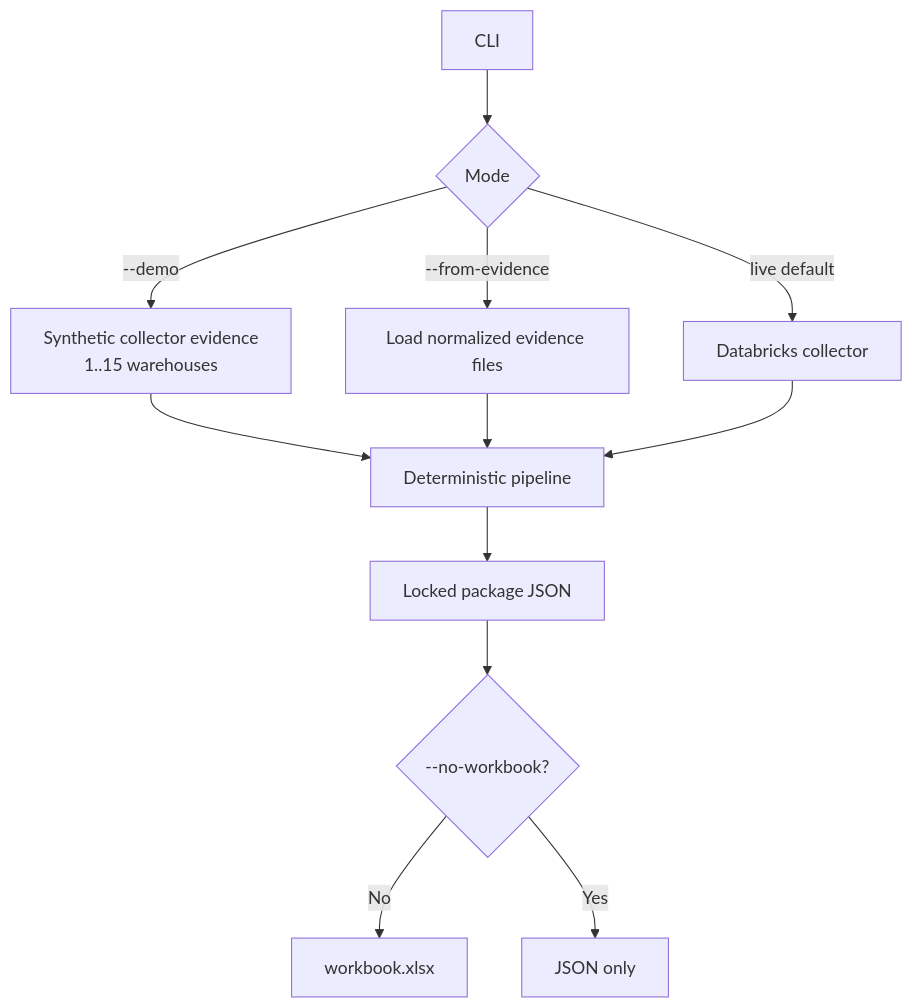
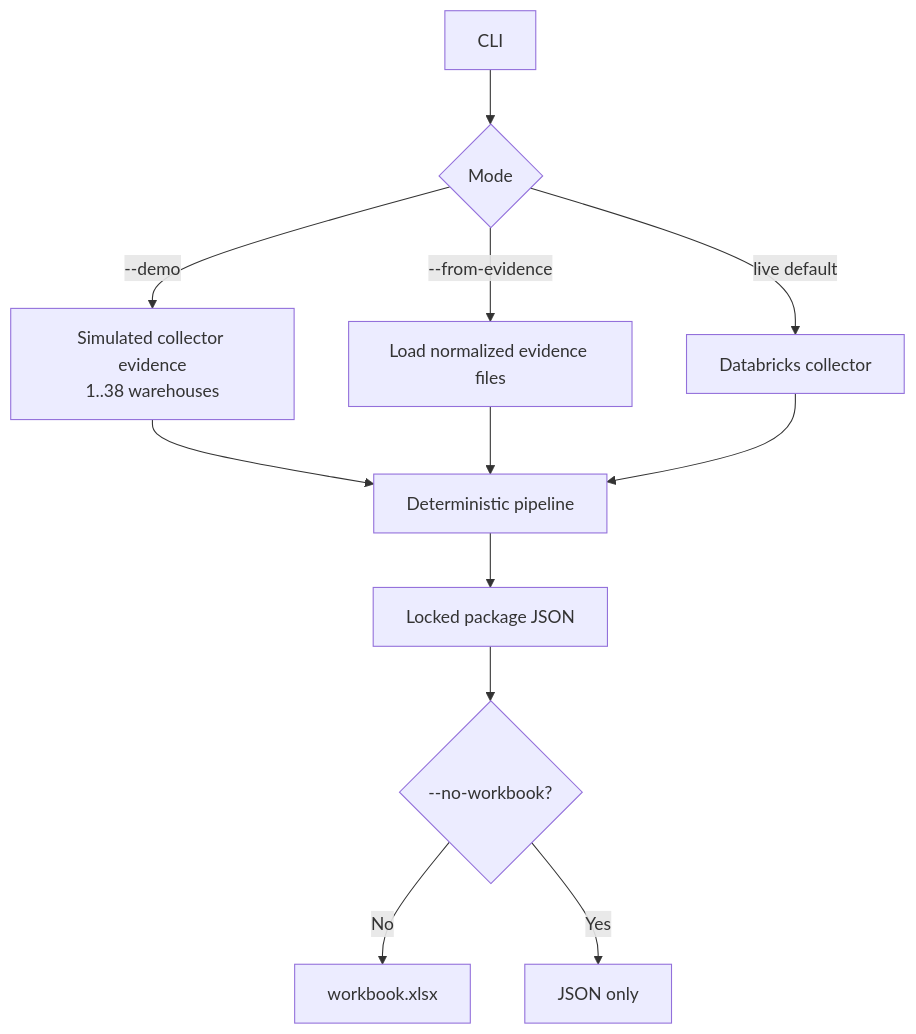
One commit to thiaga-gk/expert-funicular changed the second of 20 diagrams in docs/architecture/lld.md. Above: the diagram before and after it, drawn with Mermaid. The commit also changed other lines of this file and 8 other files, not shown here.

Commit message:
Demo fleet docs: one simulated warehouse per golden scenario (38 packages, 76 scenarios, 228 candidates)

````diff
--- a/docs/architecture/lld.md
+++ b/docs/architecture/lld.md
@@ -135,15 +135,15 @@
 ```mermaid
 flowchart TD
     CLI[CLI] --> M{Mode}
-    M -->|--demo| DEMO[Synthetic collector evidence<br/>1..15 warehouses]
+    M -->|--demo| DEMO[Simulated collector evidence<br/>1..38 warehouses]
     M -->|--from-evidence| REPLAY[Load normalized evidence files]
     M -->|live default| LIVE[Databricks collector]
 
     DEMO --> PIPE[Deterministic pipeline]
     REPLAY --> PIPE
     LIVE --> PIPE
     PIPE --> PKG[Locked package JSON]
     PKG --> WB{--no-workbook?}
     WB -->|No| XLSX[workbook.xlsx]
     WB -->|Yes| END[JSON only]
 ```
````
